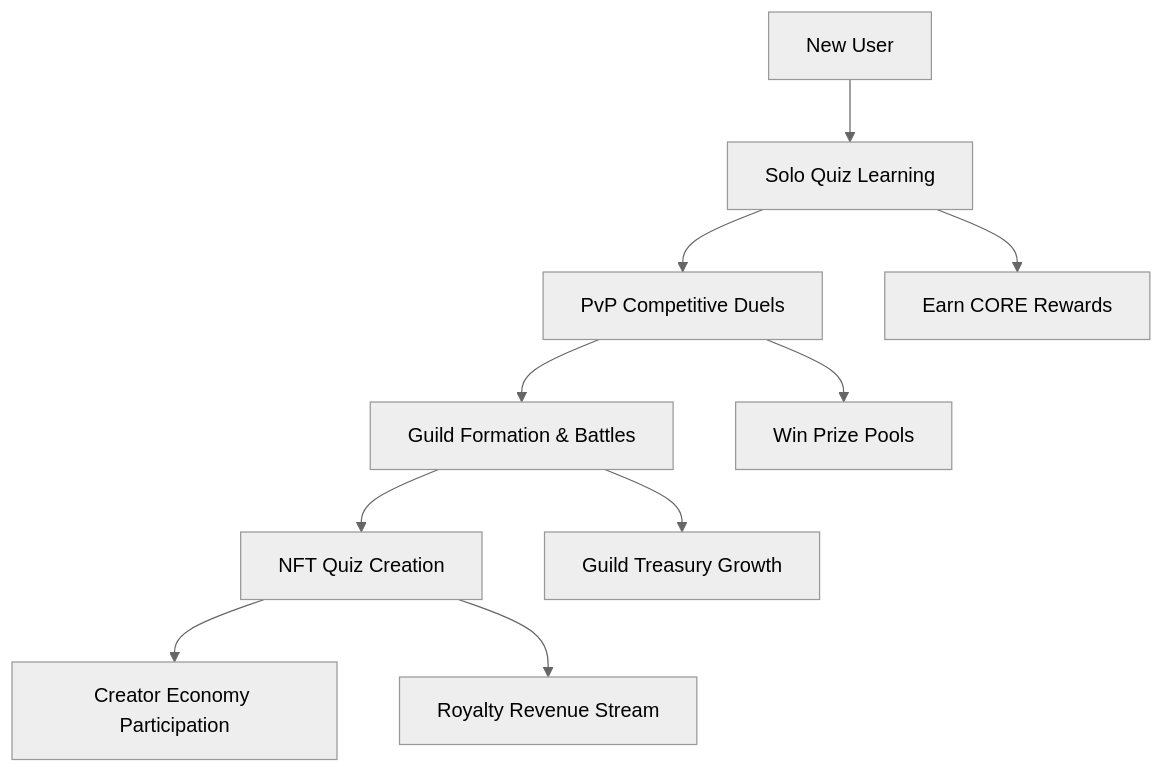
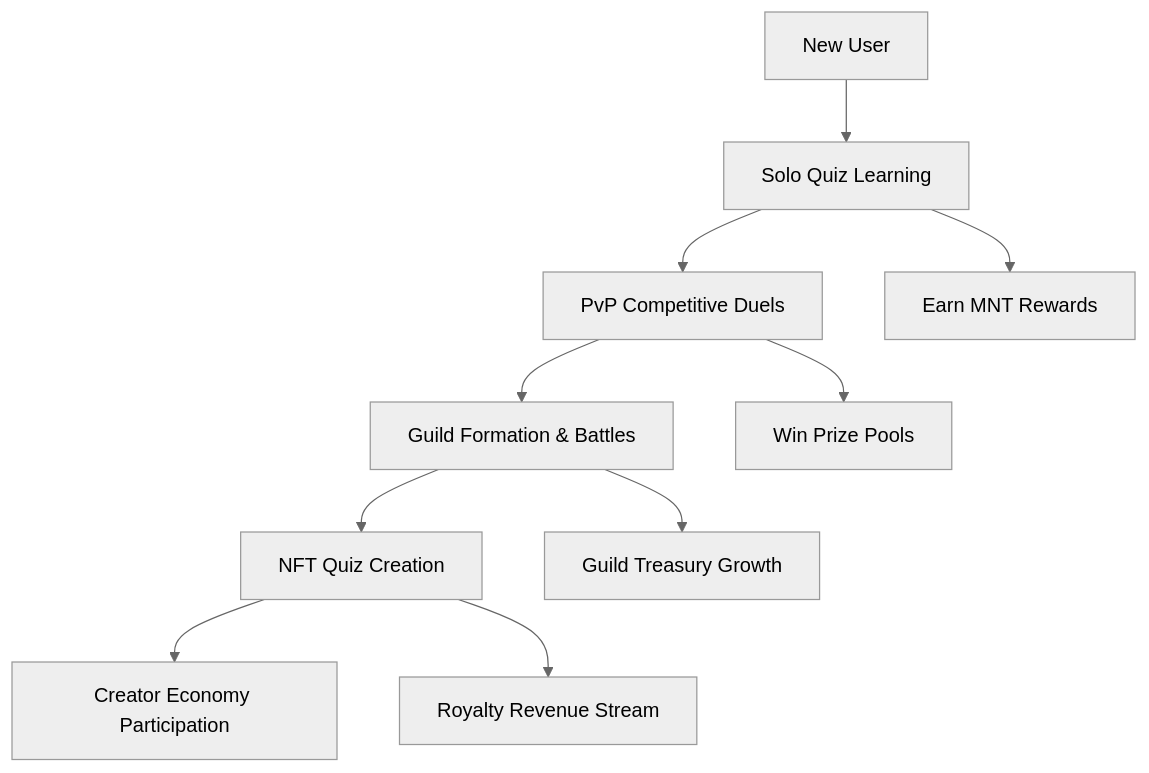
One commit to aeither/tezoro changed the first of 2 diagrams in TEZORO_ARCHITECTURE.md. Above: the diagram before and after it, drawn with Mermaid (neutral theme). The commit also changed other lines of this file and 19 other files, not shown here.

````diff
--- a/TEZORO_ARCHITECTURE.md
+++ b/TEZORO_ARCHITECTURE.md
@@ -9,13 +9,13 @@
 ```mermaid
 graph TD
     A[New User] --> B[Solo Quiz Learning]
     B --> C[PvP Competitive Duels]
     C --> D[Guild Formation & Battles]
     D --> E[NFT Quiz Creation]
     E --> F[Creator Economy Participation]
     
-    B --> B1[Earn CORE Rewards]
+    B --> B1[Earn MNT Rewards]
     C --> C1[Win Prize Pools]
     D --> D1[Guild Treasury Growth]
     E --> E1[Royalty Revenue Stream]
 ```
````
